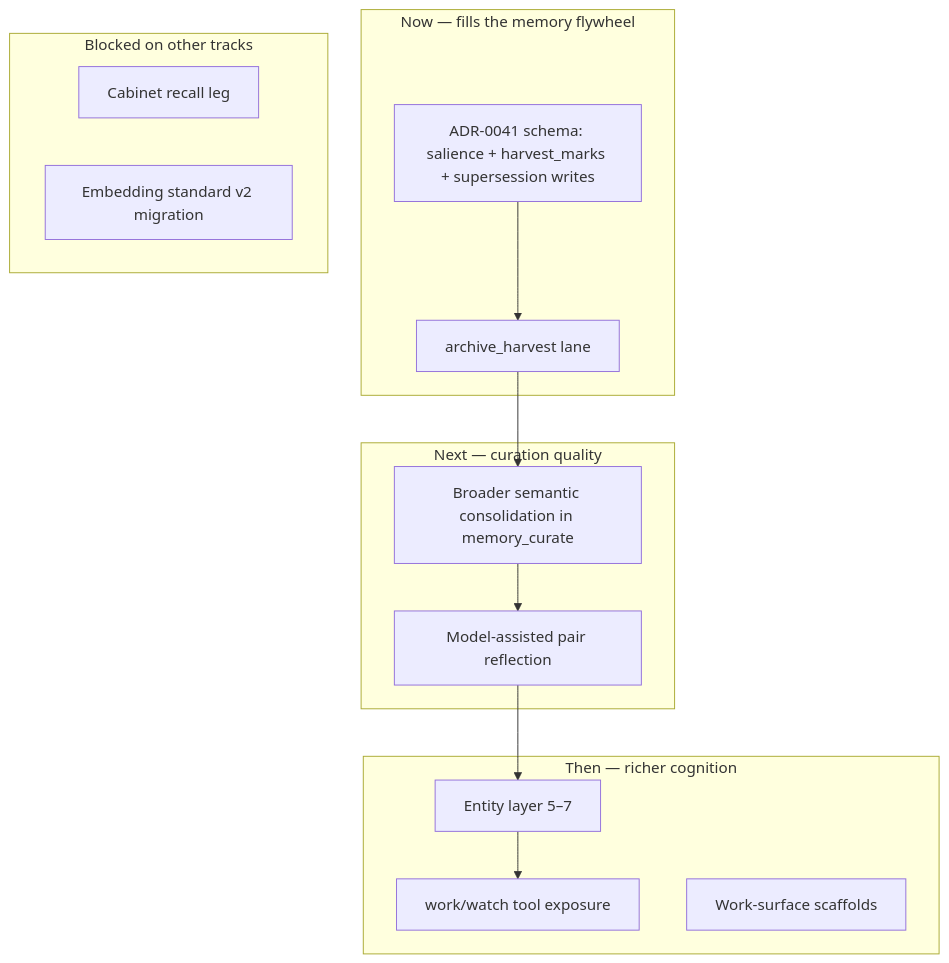
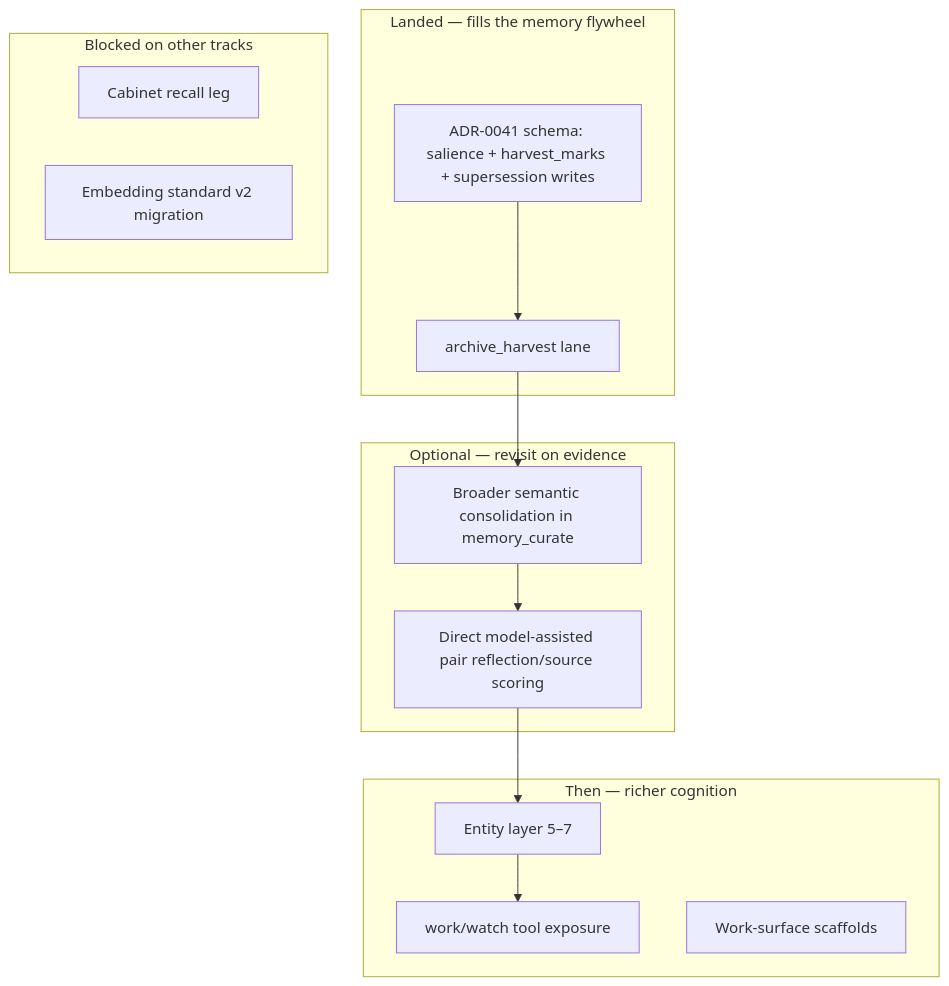
Before and after one commit to TheArtificial/BEARS: the diagram in docs/roadmap/BEAR_MEMORY_REMAINING_WORK_PLAN.md, drawn with Mermaid. The commit also changed other lines of this file and 5 other files, not shown here.

Commit message:
Add compaction-assisted pair reflection proposals

````diff
--- a/docs/roadmap/BEAR_MEMORY_REMAINING_WORK_PLAN.md
+++ b/docs/roadmap/BEAR_MEMORY_REMAINING_WORK_PLAN.md
@@ -183,29 +186,29 @@
 ```mermaid
 flowchart TD
-  subgraph now [Now — fills the memory flywheel]
+  subgraph landed [Landed — fills the memory flywheel]
     S[ADR-0041 schema: salience + harvest_marks + supersession writes]
     H[archive_harvest lane]
   end
 
-  subgraph next [Next — curation quality]
+  subgraph optional [Optional — revisit on evidence]
     C[Broader semantic consolidation in memory_curate]
-    P[Model-assisted pair reflection]
+    P[Direct model-assisted pair reflection/source scoring]
   end
 
   subgraph then [Then — richer cognition]
     E[Entity layer 5–7]
     W[work/watch tool exposure]
     WS[Work-surface scaffolds]
   end
 
   subgraph blocked [Blocked on other tracks]
     CAB[Cabinet recall leg]
     V2[Embedding standard v2 migration]
   end
 
   S --> H
   H --> C
   C --> P
   P --> E
   E --> W
 ```
````
